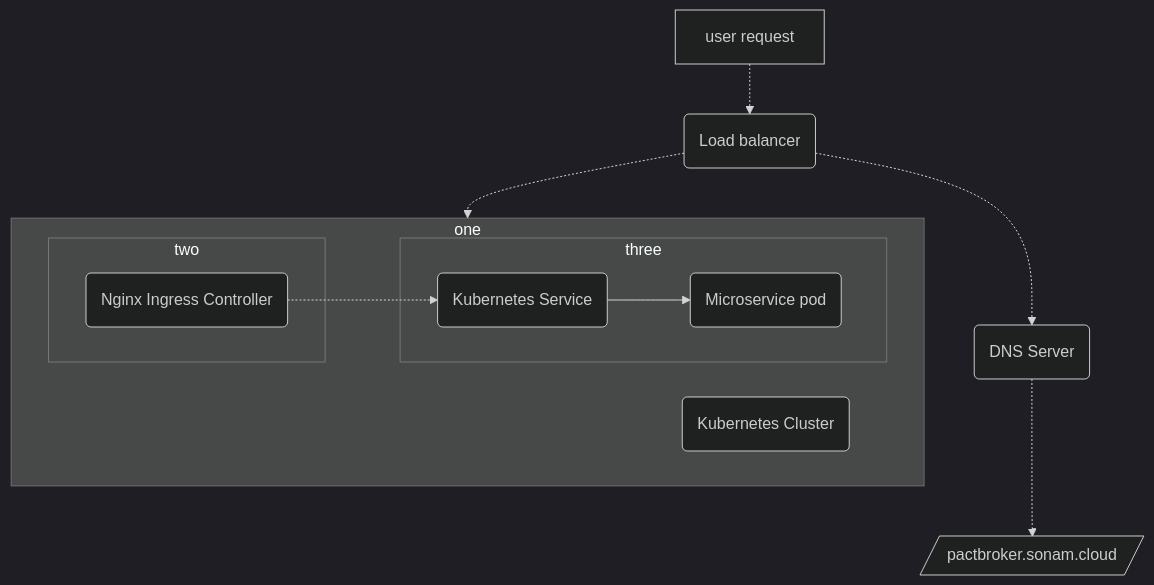
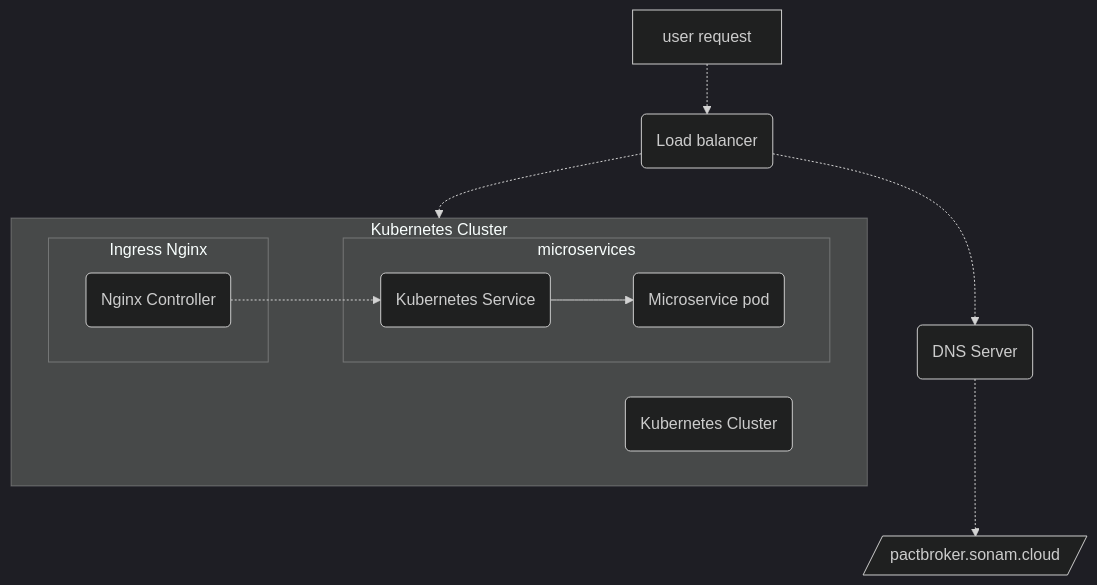
One commit to sonamsamdupkhangsar/sonamsamdupkhangsar.github.io changed the first of 4 diagrams in README.md. Above: the diagram before and after it, drawn with Mermaid (dark theme).

Commit message:
remove applicaiton

````diff
--- a/README.md
+++ b/README.md
@@ -10,20 +10,20 @@
 ```mermaid
 flowchart TD
     A[user request] -.-> B(Load balancer)
     B -.-> C(DNS Server)
     C -.-> D[/pactbroker.sonam.cloud/]
-    subgraph one
+    subgraph k8[Kubernetes Cluster]
     E(Kubernetes Cluster)
-    subgraph two
-    F(Nginx Ingress Controller) 
+    subgraph ingress[Ingress Nginx]
+    F(Nginx Controller) 
     end
-    subgraph three
+    subgraph app[microservices]
     G(Kubernetes Service)
     G --> H(Microservice pod)
     end    
     end
     F -.-> G
-    B -.-> one
+    B -.-> k8
 
 
 ```
````
